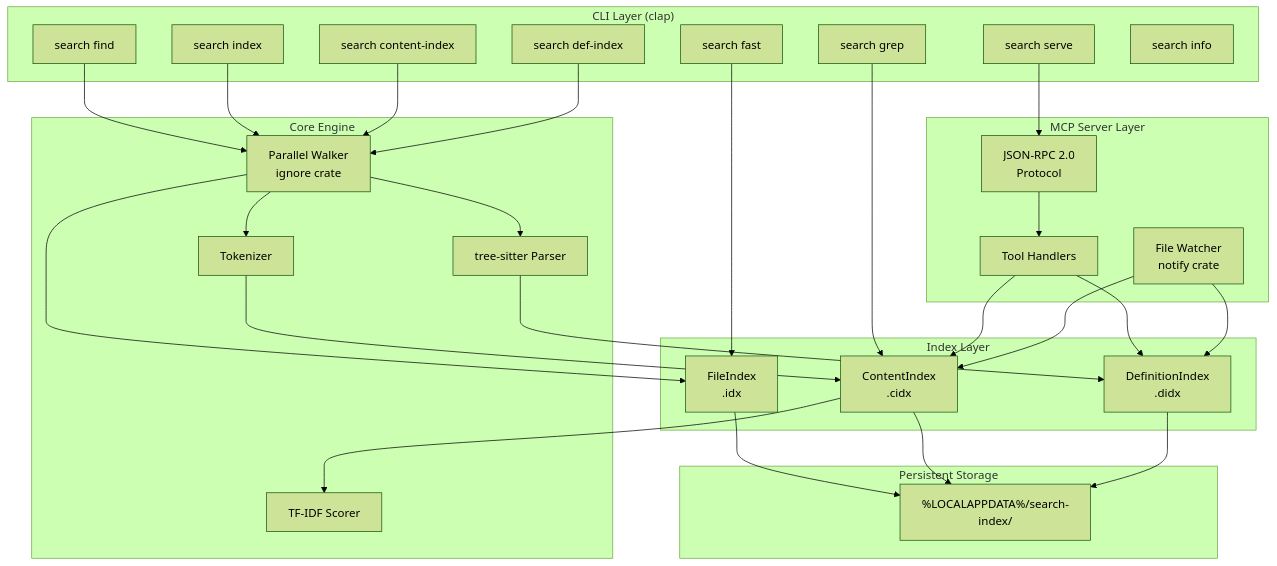
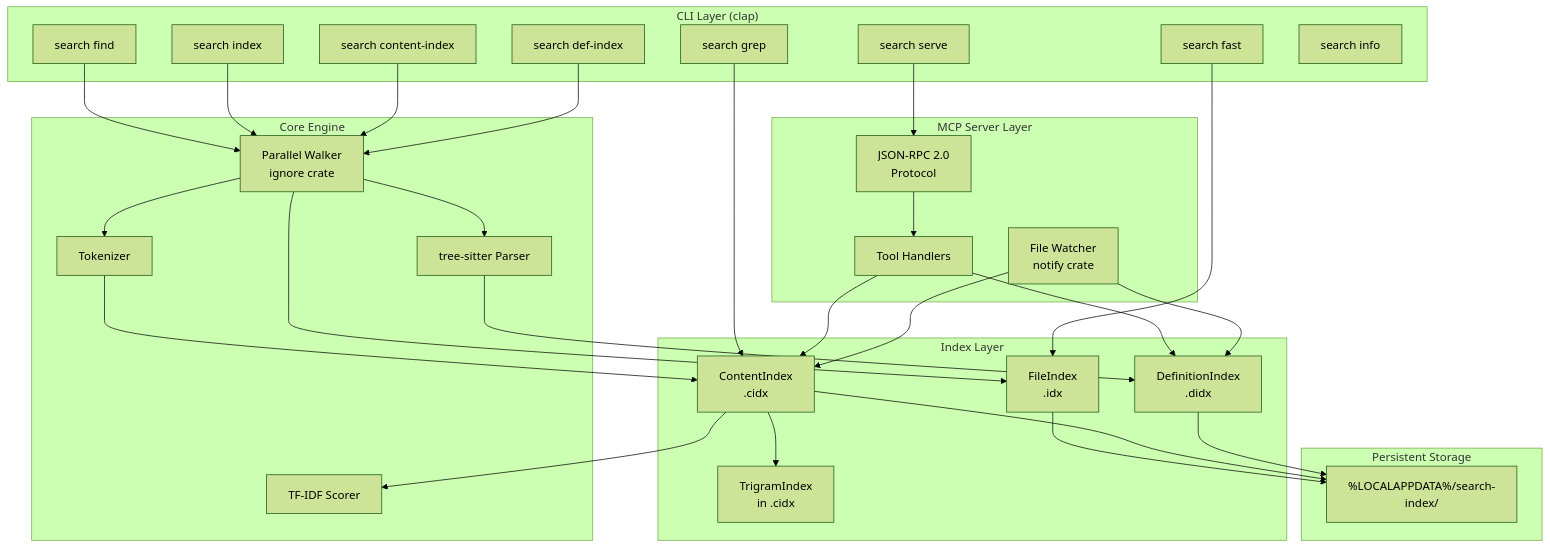
The first of 9 diagrams in docs/architecture.md (pustynsky/search-index), drawn with Mermaid (forest theme) before and after one commit. The commit also changed other lines of this file and 9 other files, not shown here.

````diff
--- a/docs/architecture.md
+++ b/docs/architecture.md
@@ -7,51 +7,52 @@
 ```mermaid
 graph TB
     subgraph CLI["CLI Layer (clap)"]
         FIND[search find]
         INDEX[search index]
         FAST[search fast]
         CIDX[search content-index]
         GREP[search grep]
         DIDX[search def-index]
         SERVE[search serve]
         INFO[search info]
     end
 
     subgraph Core["Core Engine"]
         WALK[Parallel Walker<br/>ignore crate]
         TOK[Tokenizer]
         TFIDF[TF-IDF Scorer]
         TSP[tree-sitter Parser]
     end
 
     subgraph Indexes["Index Layer"]
         FI[FileIndex<br/>.idx]
         CI[ContentIndex<br/>.cidx]
+        TRI[TrigramIndex<br/>in .cidx]
         DI[DefinitionIndex<br/>.didx]
     end
 
     subgraph MCP["MCP Server Layer"]
         PROTO[JSON-RPC 2.0<br/>Protocol]
         HAND[Tool Handlers]
         WATCH[File Watcher<br/>notify crate]
     end
 
     subgraph Storage["Persistent Storage"]
         DISK["%LOCALAPPDATA%/search-index/"]
     end
 
     FIND --> WALK
     INDEX --> WALK --> FI
-    CIDX --> WALK --> TOK --> CI
+    CIDX --> WALK --> TOK --> CI --> TRI
     DIDX --> WALK --> TSP --> DI
     FAST --> FI
     GREP --> CI --> TFIDF
     SERVE --> PROTO --> HAND
     HAND --> CI
     HAND --> DI
     WATCH --> CI
     WATCH --> DI
     FI --> DISK
     CI --> DISK
     DI --> DISK
 ```
````
